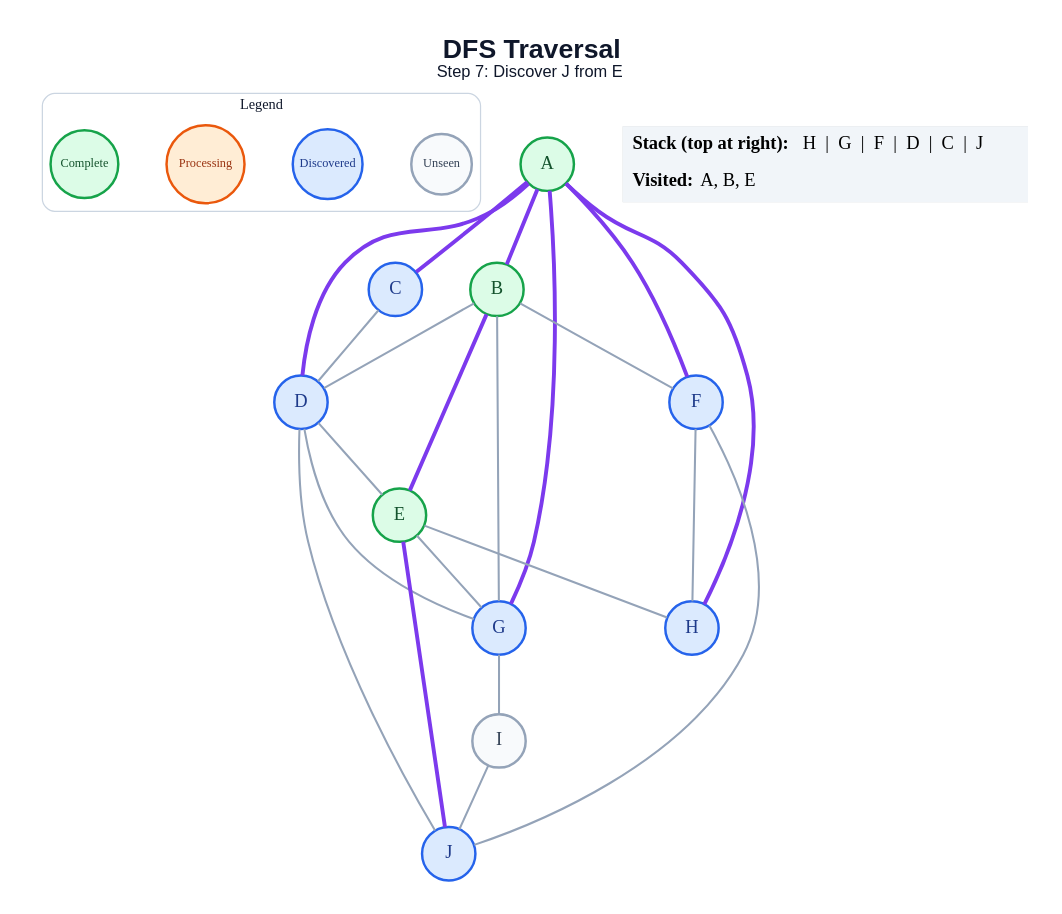
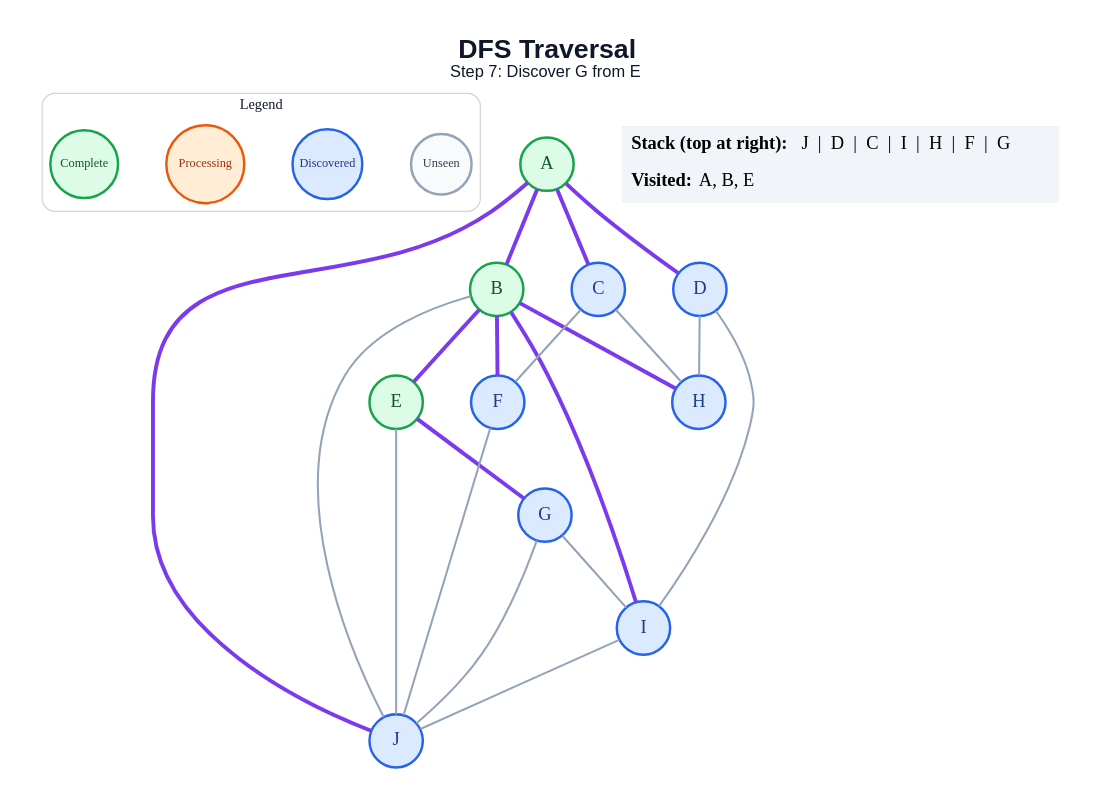
The diagram in generated/dfs/step_07.dot (anon7238593-create/ai-slop), drawn with Graphviz before and after one commit. The commit also changed 171 other files, not shown here.

```diff
--- a/generated/dfs/step_07.dot
+++ b/generated/dfs/step_07.dot
@@ -1,50 +1,48 @@
 graph traversal {
   graph [layout=dot, rankdir=TB, bgcolor="#FFFFFF", pad="0.35", nodesep="0.65", ranksep="0.8", fontname="Arial"];
   node [shape=circle, style="filled", fontname="Arial Bold", fontsize=18, width=0.72, fixedsize=true, penwidth=2.4];
   edge [color="#94A3B8", penwidth=2.0];
-  label=<<B>DFS Traversal</B><BR/><FONT POINT-SIZE="16">Step 7: Discover J from E</FONT>>; labelloc="t"; fontsize=26; fontname="Arial"; fontcolor="#0F172A";
+  label=<<B>DFS Traversal</B><BR/><FONT POINT-SIZE="16">Step 7: Discover G from E</FONT>>; labelloc="t"; fontsize=26; fontname="Arial"; fontcolor="#0F172A";
   subgraph cluster_legend { label="Legend"; color="#CBD5E1"; penwidth=1.2; style="rounded"; fontsize=14; fontname="Arial Bold";
     key_unseen [label="Unseen", fillcolor="#F8FAFC", color="#94A3B8", fontcolor="#334155", fontsize=12, width=0.82];
     key_frontier [label="Discovered", fillcolor="#DBEAFE", color="#2563EB", fontcolor="#1E3A8A", fontsize=12, width=0.95];
     key_current [label="Processing", fillcolor="#FFEDD5", color="#EA580C", fontcolor="#9A3412", fontsize=12, width=1.05];
     key_done [label="Complete", fillcolor="#DCFCE7", color="#16A34A", fontcolor="#14532D", fontsize=12, width=0.92];
     { rank=same; key_unseen; key_frontier; key_current; key_done; }
   }
   A [fillcolor="#DCFCE7", color="#16A34A", fontcolor="#14532D"];
   B [fillcolor="#DCFCE7", color="#16A34A", fontcolor="#14532D"];
   C [fillcolor="#DBEAFE", color="#2563EB", fontcolor="#1E3A8A"];
   D [fillcolor="#DBEAFE", color="#2563EB", fontcolor="#1E3A8A"];
   E [fillcolor="#DCFCE7", color="#16A34A", fontcolor="#14532D"];
   F [fillcolor="#DBEAFE", color="#2563EB", fontcolor="#1E3A8A"];
   G [fillcolor="#DBEAFE", color="#2563EB", fontcolor="#1E3A8A"];
   H [fillcolor="#DBEAFE", color="#2563EB", fontcolor="#1E3A8A"];
-  I [fillcolor="#F8FAFC", color="#94A3B8", fontcolor="#334155"];
+  I [fillcolor="#DBEAFE", color="#2563EB", fontcolor="#1E3A8A"];
   J [fillcolor="#DBEAFE", color="#2563EB", fontcolor="#1E3A8A"];
   A -- B [color="#7C3AED", penwidth=3.8];
   A -- C [color="#7C3AED", penwidth=3.8];
   A -- D [color="#7C3AED", penwidth=3.8];
-  A -- F [color="#7C3AED", penwidth=3.8];
-  A -- G [color="#7C3AED", penwidth=3.8];
-  A -- H [color="#7C3AED", penwidth=3.8];
-  B -- D;
+  A -- J [color="#7C3AED", penwidth=3.8];
   B -- E [color="#7C3AED", penwidth=3.8];
-  B -- F;
-  B -- G;
-  C -- D;
-  D -- E;
-  D -- G;
-  D -- J;
-  E -- G;
-  E -- H;
-  E -- J [color="#7C3AED", penwidth=3.8];
-  F -- H;
+  B -- F [color="#7C3AED", penwidth=3.8];
+  B -- H [color="#7C3AED", penwidth=3.8];
+  B -- I [color="#7C3AED", penwidth=3.8];
+  B -- J;
+  C -- F;
+  C -- H;
+  D -- H;
+  D -- I;
+  E -- G [color="#7C3AED", penwidth=3.8];
+  E -- J;
   F -- J;
   G -- I;
+  G -- J;
   I -- J;
   status [shape=plain, fixedsize=false, width=0, height=0, margin=0, label=<
     <TABLE BORDER="0" CELLBORDER="0" CELLPADDING="7" BGCOLOR="#F1F5F9">
-      <TR><TD ALIGN="LEFT"><B>Stack (top at right):</B> H  |  G  |  F  |  D  |  C  |  J</TD></TR>
+      <TR><TD ALIGN="LEFT"><B>Stack (top at right):</B> J  |  D  |  C  |  I  |  H  |  F  |  G</TD></TR>
       <TR><TD ALIGN="LEFT"><B>Visited:</B> A, B, E</TD></TR>
     </TABLE>
   >];
 }
```
